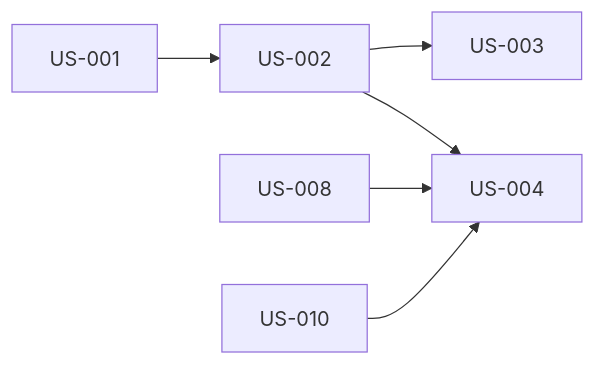
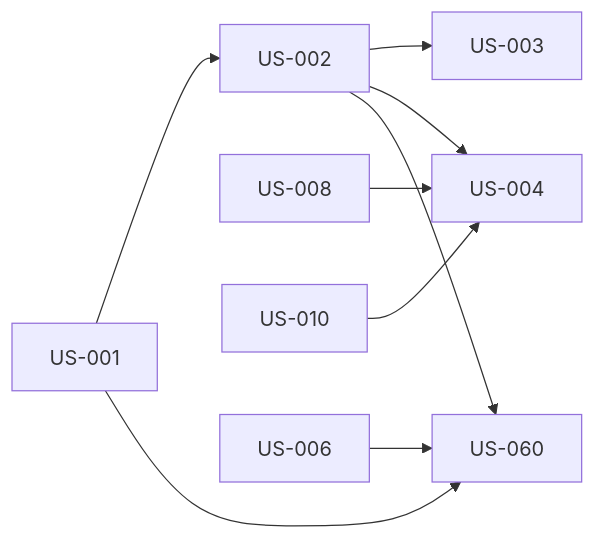
Before and after one commit to BennettSmith/T900TreeLot: the diagram in docs/user-stories/platform-bootstrap-identity/README.md, drawn with Mermaid. The commit also changed other lines of this file and 8 other files, not shown here.

````diff
--- a/docs/user-stories/platform-bootstrap-identity/README.md
+++ b/docs/user-stories/platform-bootstrap-identity/README.md
@@ -34,8 +36,11 @@
 ```mermaid
 flowchart LR
     us001["US-001"] --> us002["US-002"]
     us002 --> us003["US-003"]
     us002 --> us004["US-004"]
     us008["US-008"] --> us004
     us010["US-010"] --> us004
+    us001 --> us060["US-060"]
+    us002 --> us060
+    us006["US-006"] --> us060
 ```
````
